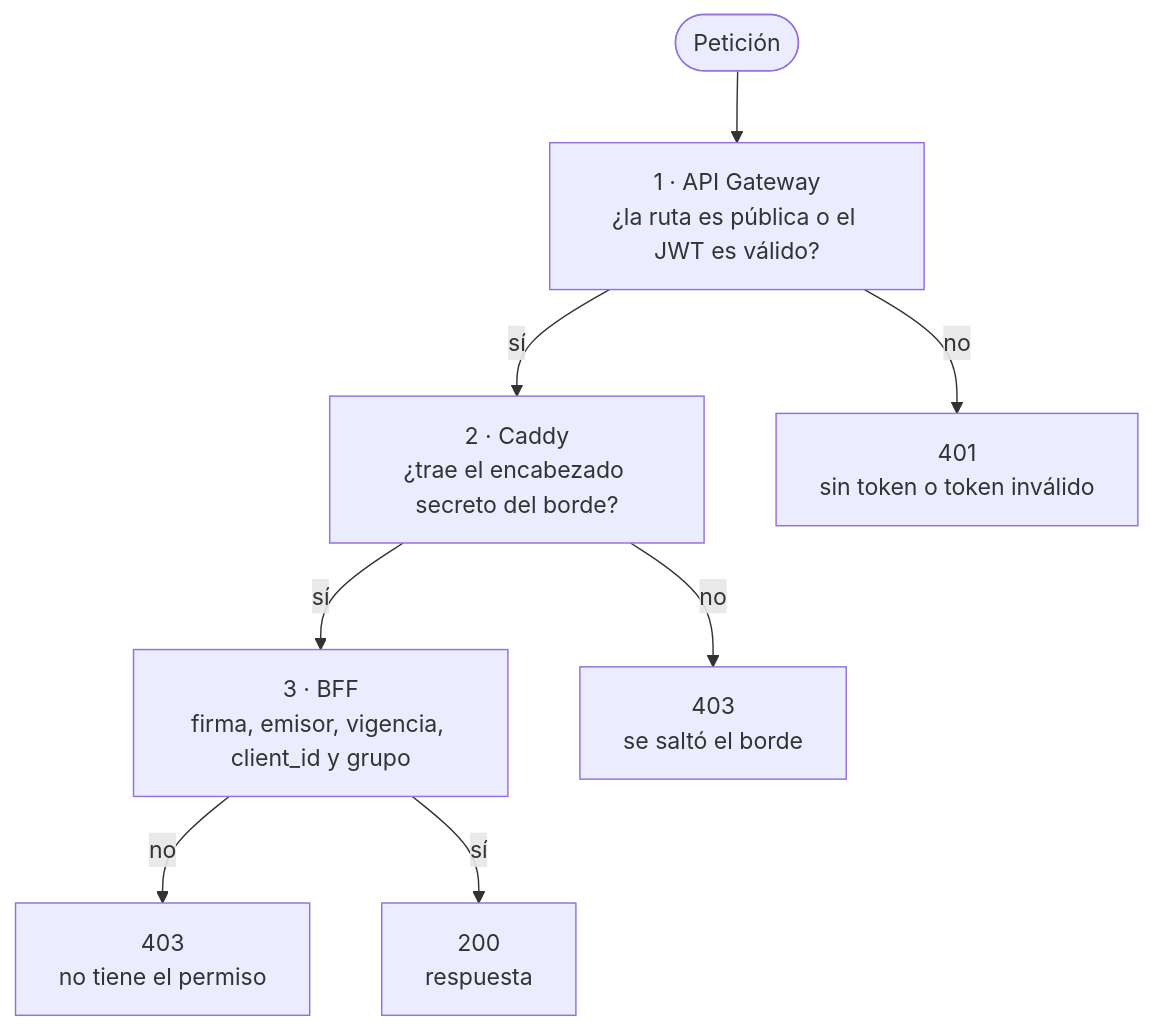
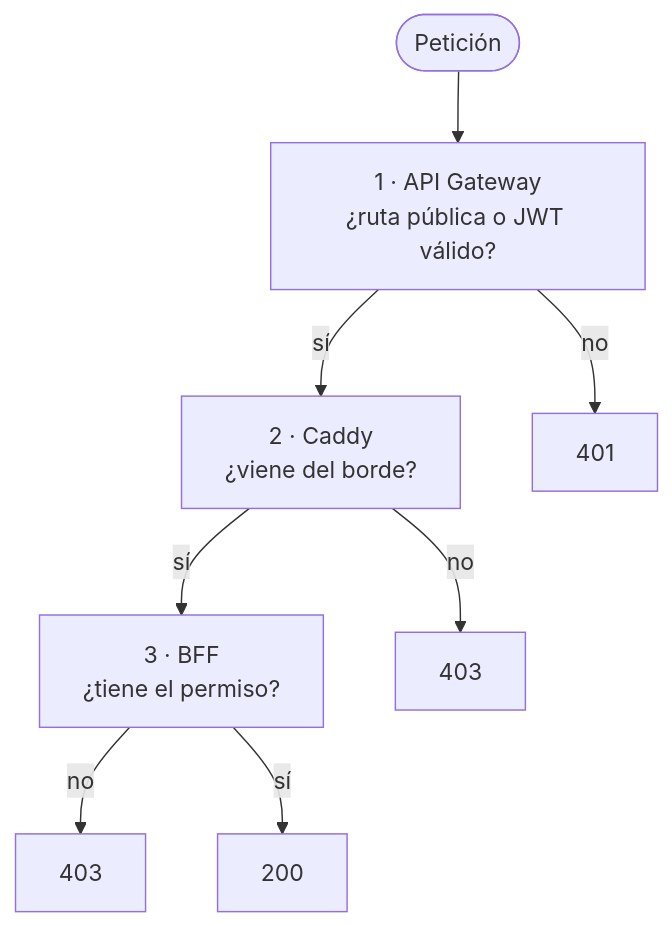
The third of 4 diagrams in README.md (Martinnnn-ops/cacha-el-precio), drawn with Mermaid before and after one commit. The commit also changed other lines of this file and 1 other file, not shown here.

Commit message:
docs(readme): más corto y sin repetir; diagramas verticales y el stack plegado

````diff
--- a/README.md
+++ b/README.md
@@ -132,19 +126,19 @@
 ```mermaid
 flowchart TD
     R(["Petición"])
-    A["1 · API Gateway<br/>¿la ruta es pública o el JWT es válido?"]
-    B["2 · Caddy<br/>¿trae el encabezado secreto del borde?"]
-    C["3 · BFF<br/>firma, emisor, vigencia, client_id y grupo"]
-    E401["401<br/>sin token o token inválido"]
-    E403a["403<br/>se saltó el borde"]
-    E403b["403<br/>no tiene el permiso"]
-    OK["200<br/>respuesta"]
+    A["1 · API Gateway<br/>¿ruta pública o JWT válido?"]
+    B["2 · Caddy<br/>¿viene del borde?"]
+    C["3 · BFF<br/>¿tiene el permiso?"]
+    E401["401"]
+    E403a["403"]
+    E403b["403"]
+    OK["200"]
 
     R --> A
     A -->|no| E401
     A -->|sí| B
     B -->|no| E403a
     B -->|sí| C
     C -->|no| E403b
     C -->|sí| OK
 ```
````
